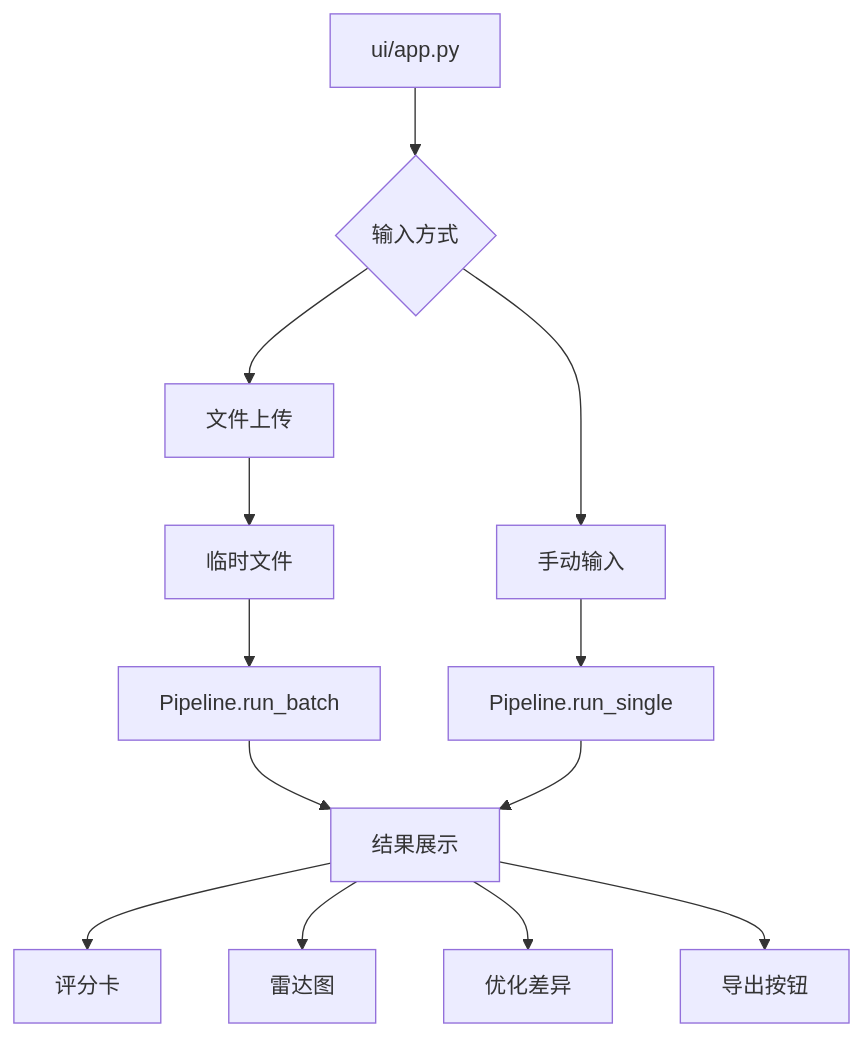
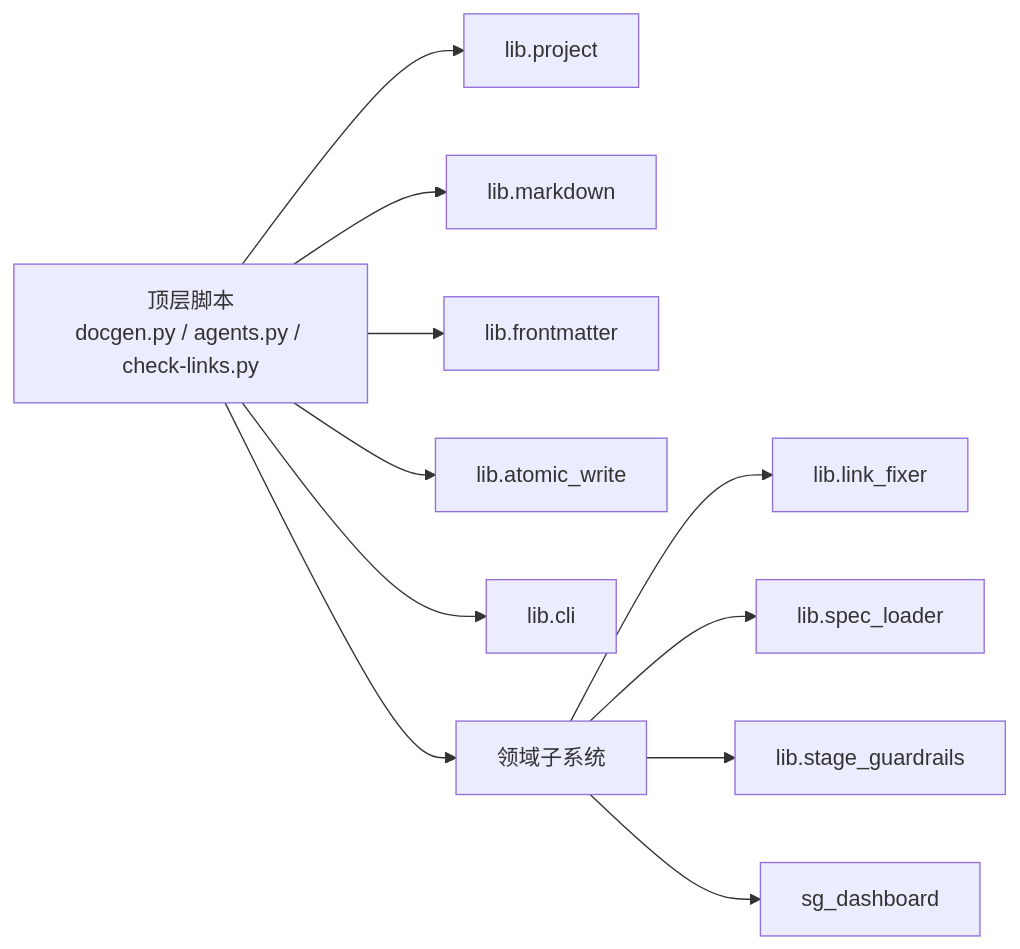
Before and after one commit to xinetzone/SpecWeave: the third of 4 diagrams in .agents/docs/code-wiki/architecture.md, drawn with Mermaid. The commit also changed other lines of this file and 18 other files, not shown here.

````diff
--- a/.agents/docs/code-wiki/architecture.md
+++ b/.agents/docs/code-wiki/architecture.md
@@ -142,15 +108,14 @@
 ```mermaid
-flowchart TB
-    UI[ui/app.py] --> InputMode{"输入方式"}
-    InputMode --> File["文件上传"]
-    InputMode --> Manual["手动输入"]
-    File --> Temp["临时文件"]
-    Temp --> Batch[Pipeline.run_batch]
-    Manual --> Single[Pipeline.run_single]
-    Batch --> Result["结果展示"]
-    Single --> Result
-    Result --> Score["评分卡"]
-    Result --> Radar["雷达图"]
-    Result --> Diff["优化差异"]
-    Result --> Export["导出按钮"]
+flowchart LR
+    cli["顶层脚本<br/>docgen.py / agents.py / check-links.py"] --> lib_project["lib.project"]
+    cli --> lib_markdown["lib.markdown"]
+    cli --> lib_frontmatter["lib.frontmatter"]
+    cli --> lib_atomic["lib.atomic_write"]
+    cli --> lib_cli["lib.cli"]
+    cli --> domain["领域子系统"]
+
+    domain --> link_fixer["lib.link_fixer"]
+    domain --> spec_loader["lib.spec_loader"]
+    domain --> guardrails["lib.stage_guardrails"]
+    domain --> dashboard["sg_dashboard"]
 ```
````
